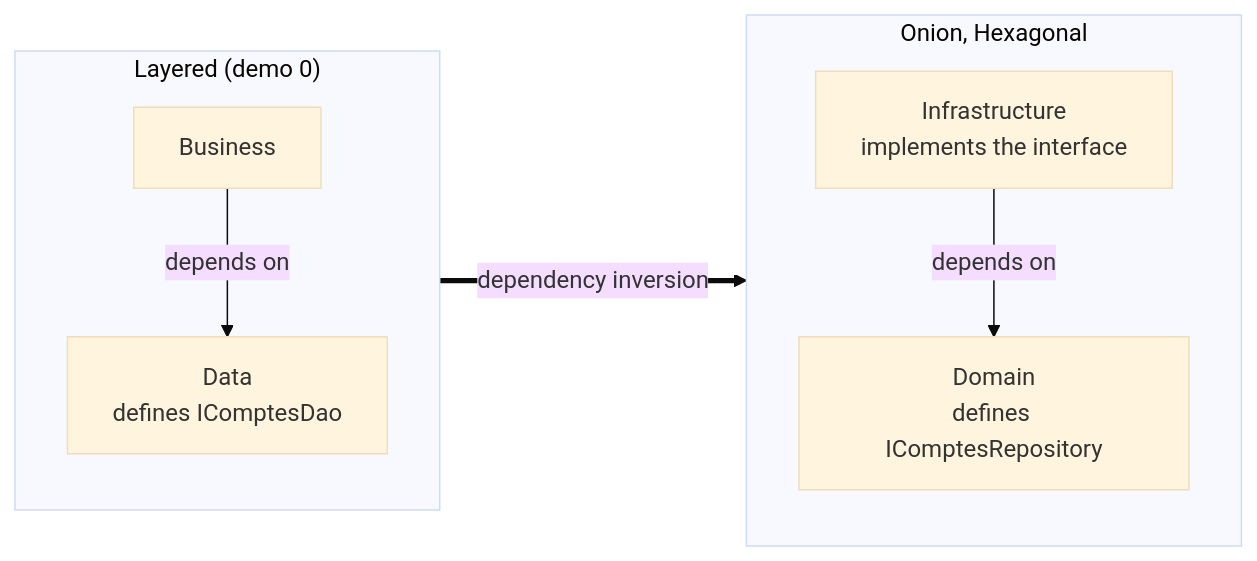
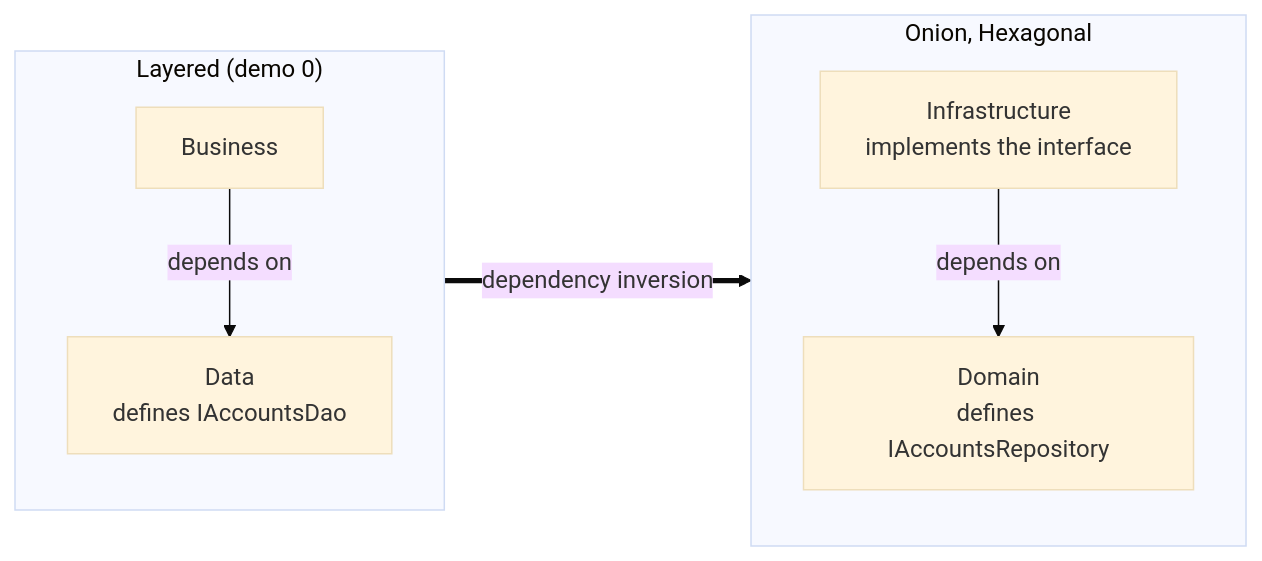
One commit to drangoht/ArchitecturesDemo changed the third of 3 diagrams in Docs/en/00-couches.md. Above: the diagram before and after it, drawn with Mermaid (base theme). The commit also changed other lines of this file and 78 other files, not shown here.

First line of the commit message:
Docs EN : identifiants, liens, diagrammes et sorties alignés sur le code anglais

````diff
--- a/Docs/en/00-couches.md
+++ b/Docs/en/00-couches.md
@@ -215,12 +214,12 @@
 ```mermaid
 flowchart LR
     subgraph Couches["Layered (demo 0)"]
         direction TB
-        M0["Business"] -->|"depends on"| D0["Data<br/>defines IComptesDao"]
+        M0["Business"] -->|"depends on"| D0["Data<br/>defines IAccountsDao"]
     end
     subgraph Onion["Onion, Hexagonal"]
         direction TB
-        D2["Infrastructure<br/>implements the interface"] -->|"depends on"| M2["Domain<br/>defines IComptesRepository"]
+        D2["Infrastructure<br/>implements the interface"] -->|"depends on"| M2["Domain<br/>defines IAccountsRepository"]
     end
     Couches ==>|"dependency inversion"| Onion
 ```
````
